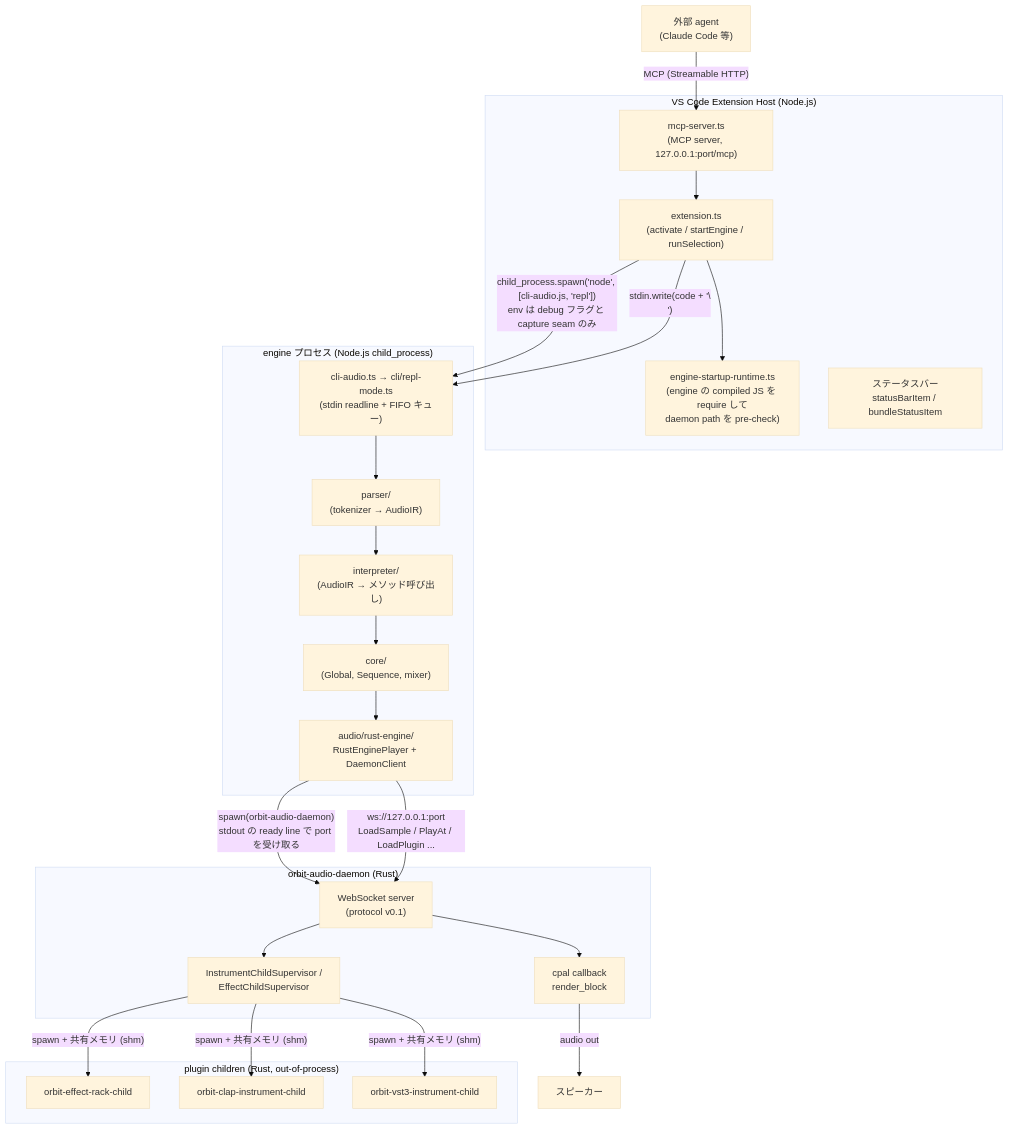
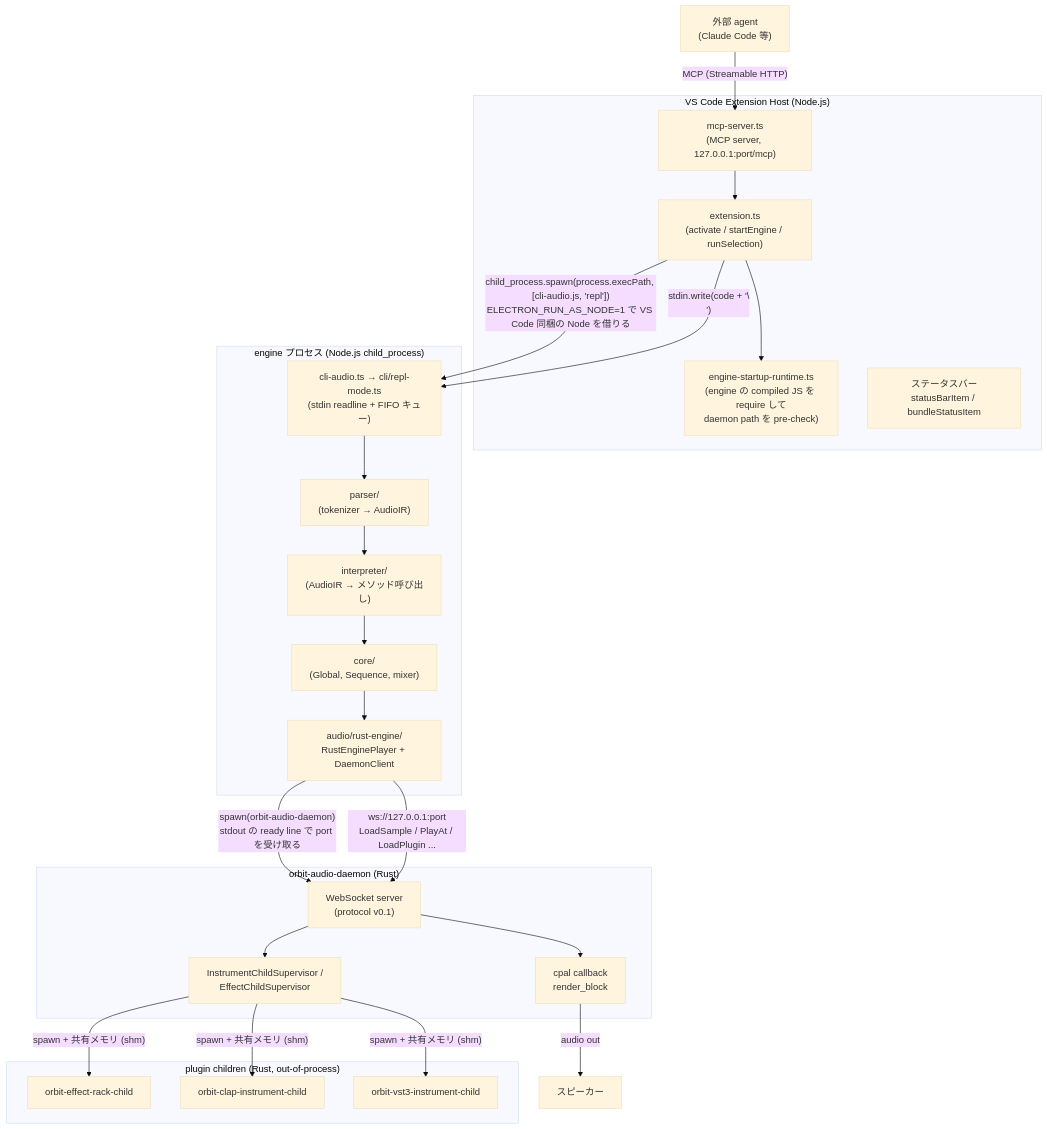
Before and after one commit to signalcompose/orbitscore: the first of 2 diagrams in sites/dev/orientation/architecture-overview.md, drawn with Mermaid (base theme). The commit also changed other lines of this file and 7 other files, not shown here.

First line of the commit message:
docs: follow PR #889 into the prose, diagrams and test guides it left behind

````diff
--- a/sites/dev/orientation/architecture-overview.md
+++ b/sites/dev/orientation/architecture-overview.md
@@ -29,44 +29,44 @@
 ```mermaid
 graph TD
   subgraph "VS Code Extension Host (Node.js)"
     EXT["extension.ts\n(activate / startEngine / runSelection)"]
     MCP["mcp-server.ts\n(MCP server, 127.0.0.1:port/mcp)"]
     RESOLVER["engine-startup-runtime.ts\n(engine の compiled JS を require して\ndaemon path を pre-check)"]
     STATUS["ステータスバー\nstatusBarItem / bundleStatusItem"]
   end
 
   subgraph "engine プロセス (Node.js child_process)"
     CLI["cli-audio.ts → cli/repl-mode.ts\n(stdin readline + FIFO キュー)"]
     PARSER["parser/\n(tokenizer → AudioIR)"]
     INTERP["interpreter/\n(AudioIR → メソッド呼び出し)"]
     CORE["core/\n(Global, Sequence, mixer)"]
     PLAYER["audio/rust-engine/\nRustEnginePlayer + DaemonClient"]
   end
 
   subgraph "orbit-audio-daemon (Rust)"
     WS["WebSocket server\n(protocol v0.1)"]
     RENDER["cpal callback\nrender_block"]
     SUP["InstrumentChildSupervisor /\nEffectChildSupervisor"]
   end
 
   subgraph "plugin children (Rust, out-of-process)"
     CHILD1["orbit-effect-rack-child"]
     CHILD2["orbit-clap-instrument-child"]
     CHILD3["orbit-vst3-instrument-child"]
   end
 
   AGENT["外部 agent\n(Claude Code 等)"] -->|"MCP (Streamable HTTP)"| MCP
   MCP --> EXT
-  EXT -->|"child_process.spawn('node', [cli-audio.js, 'repl'])\nenv は debug フラグと capture seam のみ"| CLI
+  EXT -->|"child_process.spawn(process.execPath, [cli-audio.js, 'repl'])\nELECTRON_RUN_AS_NODE=1 で VS Code 同梱の Node を借りる"| CLI
   EXT -->|"stdin.write(code + '\\n')"| CLI
   EXT --> RESOLVER
   CLI --> PARSER --> INTERP --> CORE --> PLAYER
   PLAYER -->|"spawn(orbit-audio-daemon)\nstdout の ready line で port を受け取る"| WS
   PLAYER -->|"ws://127.0.0.1:port\nLoadSample / PlayAt / LoadPlugin ..."| WS
   WS --> RENDER
   WS --> SUP
   SUP -->|"spawn + 共有メモリ (shm)"| CHILD1
   SUP -->|"spawn + 共有メモリ (shm)"| CHILD2
   SUP -->|"spawn + 共有メモリ (shm)"| CHILD3
   RENDER -->|"audio out"| DAC["スピーカー"]
 ```
````
